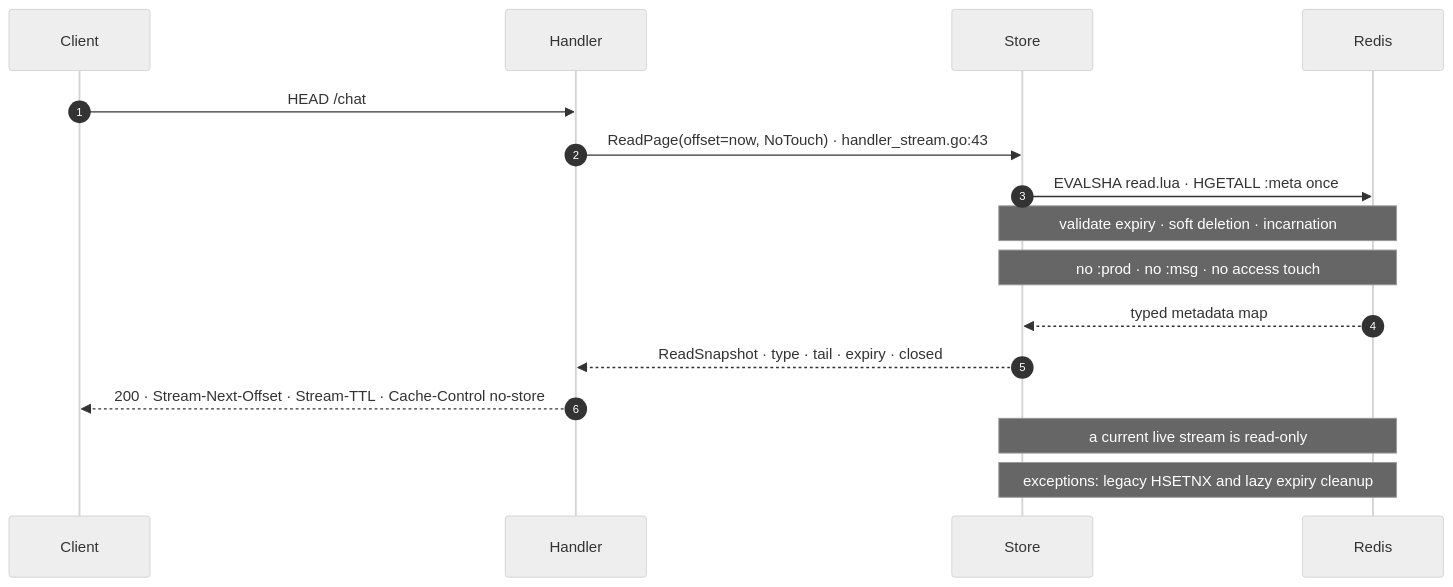
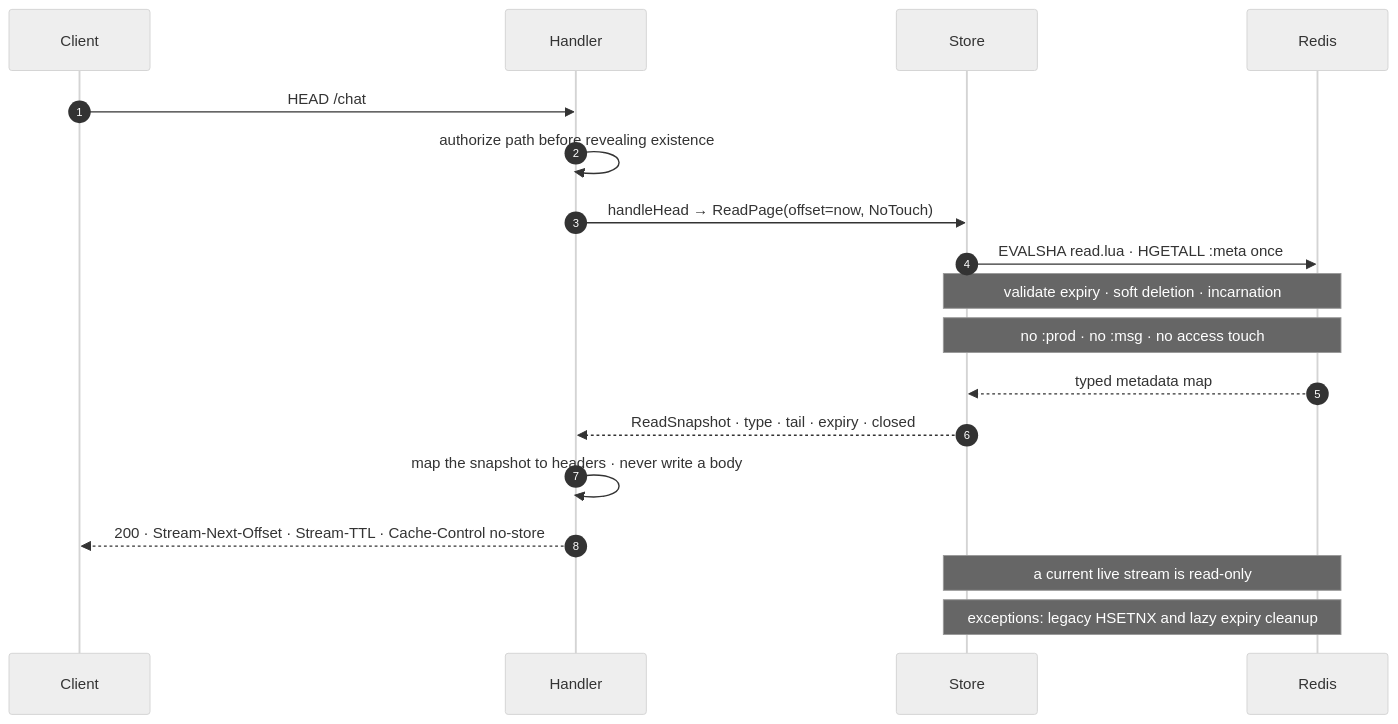
The diagram in docs-site/diagrams/seq-head.mmd (adityavkk/chronicle), drawn with Mermaid (neutral theme) before and after one commit. The commit also changed 35 other files, not shown here.

```diff
--- a/docs-site/diagrams/seq-head.mmd
+++ b/docs-site/diagrams/seq-head.mmd
@@ -1,16 +1,18 @@
 sequenceDiagram
     autonumber
     participant C as Client
     participant H as Handler
     participant S as Store
     participant R as Redis
     C->>H: HEAD /chat
-    H->>S: ReadPage(offset=now, NoTouch) · handler_stream.go:43
+    H->>H: authorize path before revealing existence
+    H->>S: handleHead → ReadPage(offset=now, NoTouch)
     S->>R: EVALSHA read.lua · HGETALL :meta once
     Note over S,R: validate expiry · soft deletion · incarnation
     Note over S,R: no :prod · no :msg · no access touch
     R-->>S: typed metadata map
     S-->>H: ReadSnapshot · type · tail · expiry · closed
+    H->>H: map the snapshot to headers · never write a body
     H-->>C: 200 · Stream-Next-Offset · Stream-TTL · Cache-Control no-store
     Note over S,R: a current live stream is read-only
     Note over S,R: exceptions: legacy HSETNX and lazy expiry cleanup
```
